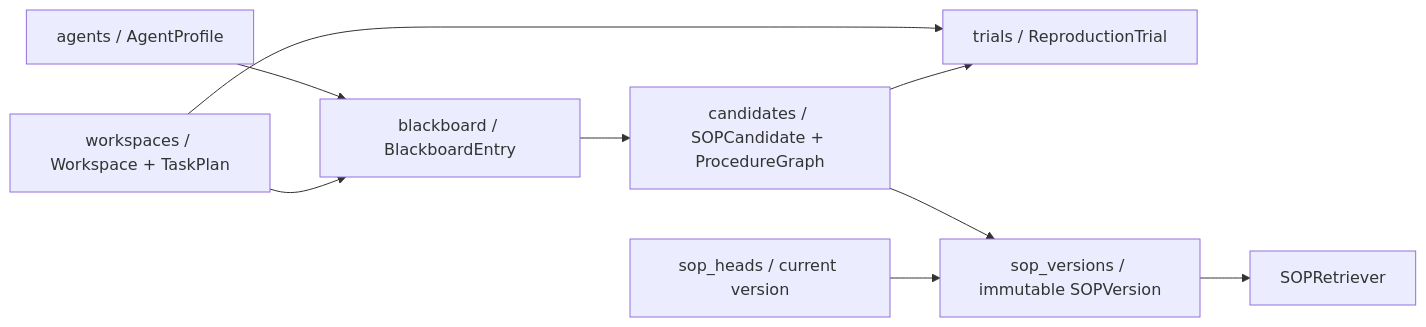
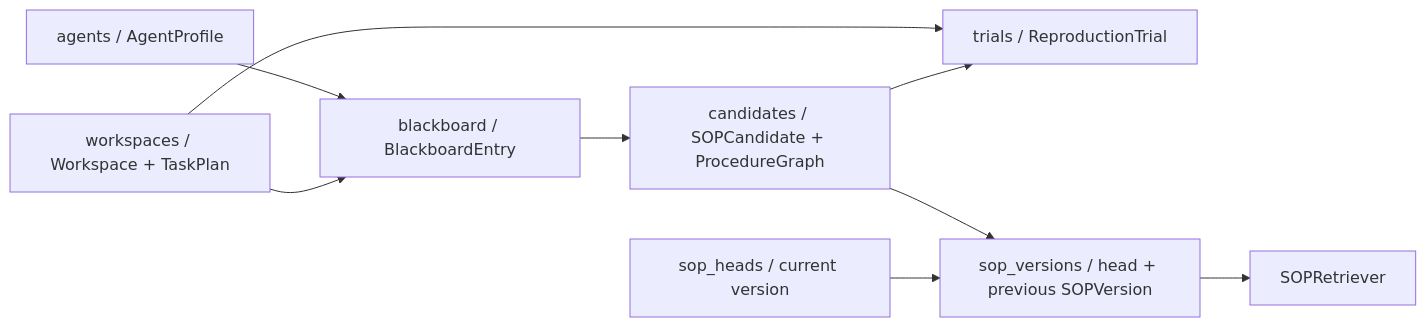
Before and after one commit to cookieApril/SEPM: the diagram in docs/STORAGE_SCHEMA.md, drawn with Mermaid. The commit also changed other lines of this file and 21 other files, not shown here.

````diff
--- a/docs/STORAGE_SCHEMA.md
+++ b/docs/STORAGE_SCHEMA.md
@@ -121,11 +131,11 @@
 ```mermaid
 flowchart LR
     Agent["agents / AgentProfile"] --> BB["blackboard / BlackboardEntry"]
     Workspace["workspaces / Workspace + TaskPlan"] --> BB
     Workspace --> Trial["trials / ReproductionTrial"]
     Candidate["candidates / SOPCandidate + ProcedureGraph"] --> Trial
-    Candidate --> Version["sop_versions / immutable SOPVersion"]
+    Candidate --> Version["sop_versions / head + previous SOPVersion"]
     Head["sop_heads / current version"] --> Version
     BB --> Candidate
     Version --> Retrieval["SOPRetriever"]
 ```
````
